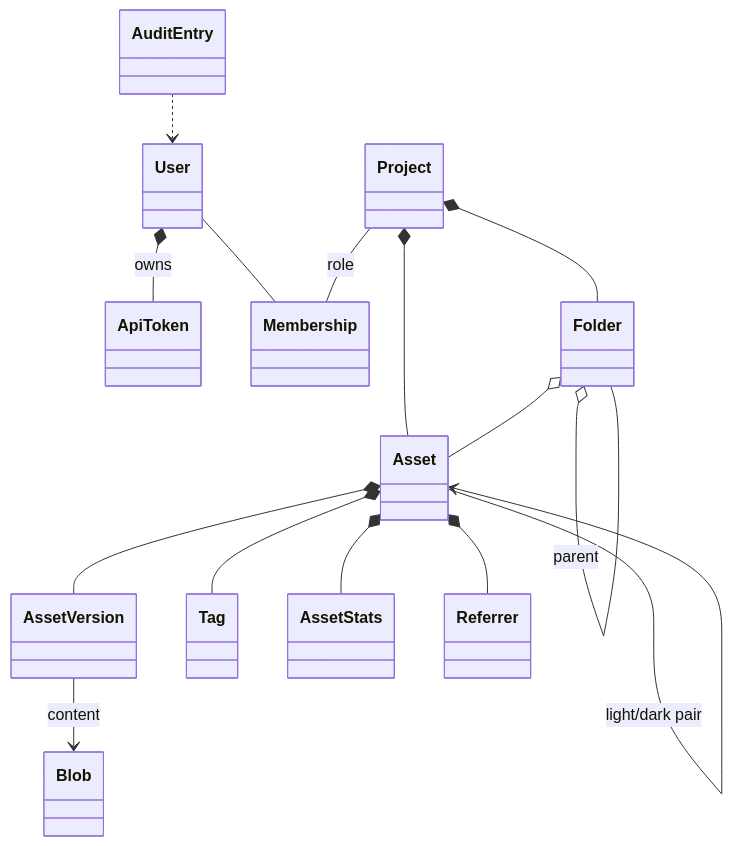
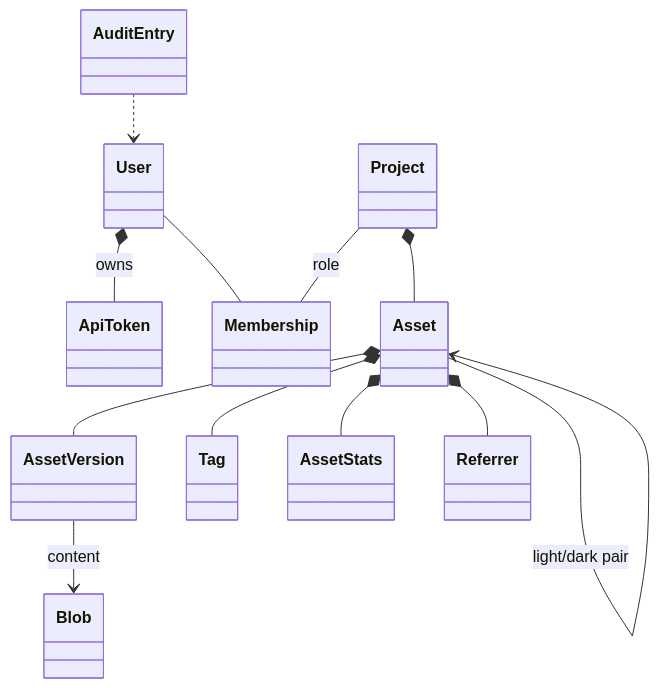
The diagram in Docs/Architecture/Crosscutting-Concepts.md (capjan/mdu-assets), drawn with Mermaid before and after one commit. The commit also changed other lines of this file and 31 other files, not shown here.

````diff
--- a/Docs/Architecture/Crosscutting-Concepts.md
+++ b/Docs/Architecture/Crosscutting-Concepts.md
@@ -10,29 +10,25 @@
 ```mermaid
 classDiagram
 class User
 class ApiToken
 class Project
 class Membership
-class Folder
 class Asset
 class AssetVersion
 class Blob
 class Tag
 class AssetStats
 class Referrer
 class AuditEntry
 User *-- ApiToken : owns
 User -- Membership
 Project -- Membership : role
-Project *-- Folder
-Folder o-- Folder : parent
 Project *-- Asset
-Folder o-- Asset
 Asset *-- AssetVersion
 AssetVersion --> Blob : content
 Asset *-- Tag
 Asset --> Asset : light/dark pair
 Asset *-- AssetStats
 Asset *-- Referrer
 AuditEntry ..> User
 ```
````
